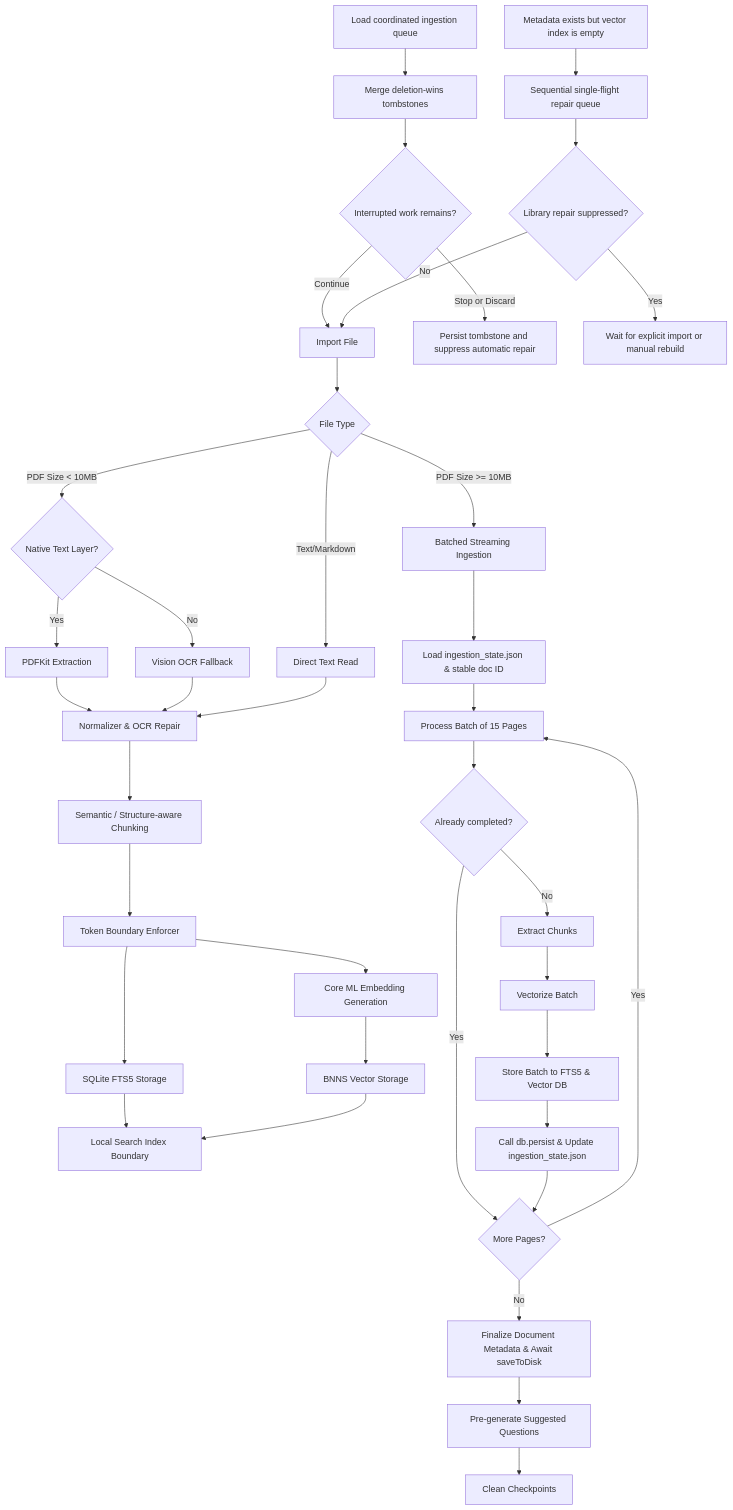
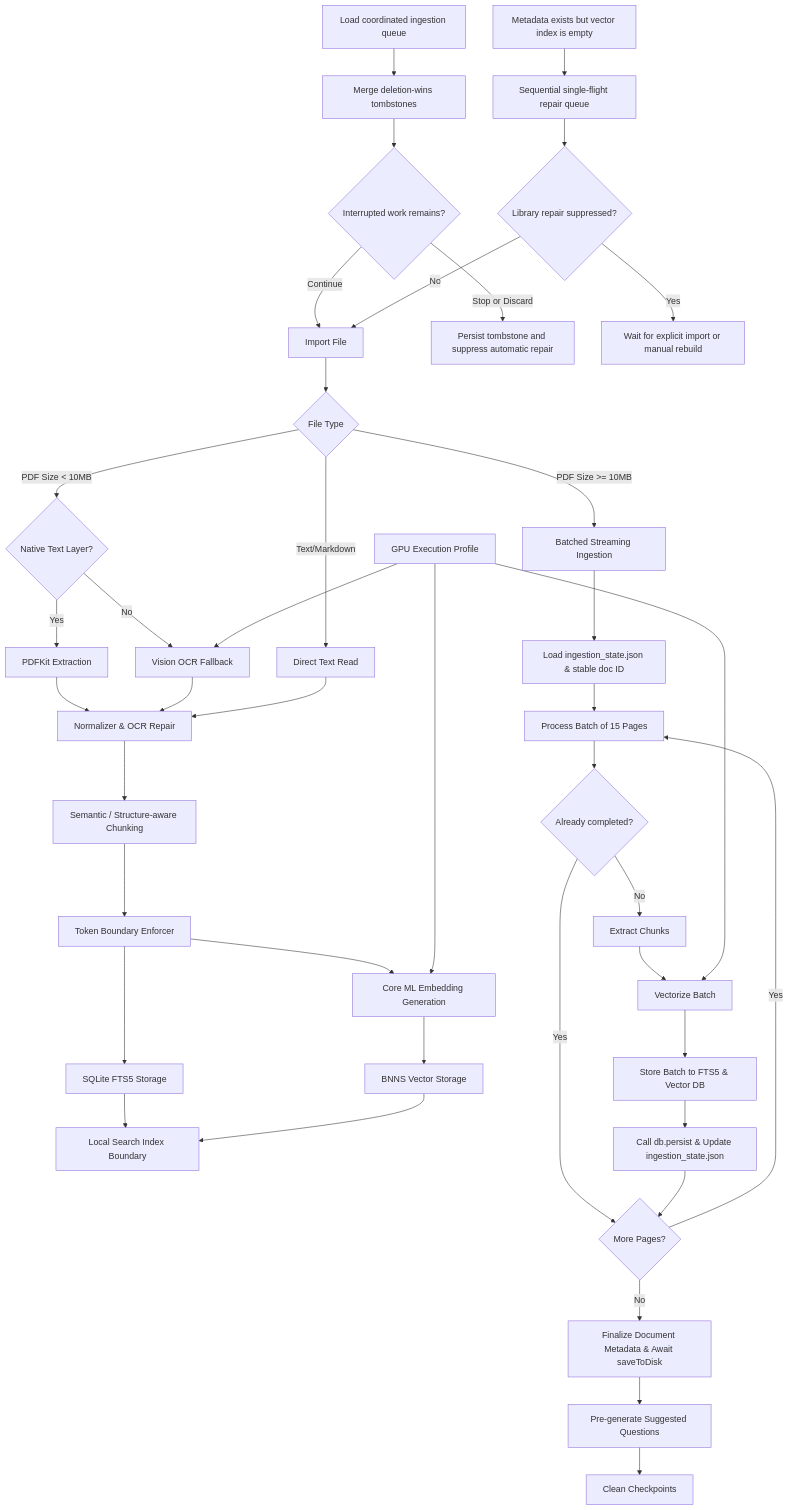
One commit to Gunnarguy/OpenIntelligence changed the diagram in Docs/INGESTION_PIPELINE.md. Above: the diagram before and after it, drawn with Mermaid. The commit also changed 18 other files, not shown here.

````diff
--- a/Docs/INGESTION_PIPELINE.md
+++ b/Docs/INGESTION_PIPELINE.md
@@ -14,41 +14,44 @@
 ```mermaid
 flowchart TD
     QLOAD[Load coordinated ingestion queue] --> QMERGE[Merge deletion-wins tombstones]
     QMERGE --> QDECIDE{Interrupted work remains?}
     QDECIDE -- Continue --> A
     QDECIDE -- Stop or Discard --> QTOMB[Persist tombstone and suppress automatic repair]
     EMPTY[Metadata exists but vector index is empty] --> SINGLE[Sequential single-flight repair queue]
     SINGLE --> SUPPRESSED{Library repair suppressed?}
     SUPPRESSED -- Yes --> WAIT[Wait for explicit import or manual rebuild]
     SUPPRESSED -- No --> A
     A[Import File] --> B{File Type}
     B -- PDF Size < 10MB --> C{Native Text Layer?}
     B -- PDF Size >= 10MB --> STREAM[Batched Streaming Ingestion]
     C -- Yes --> D[PDFKit Extraction]
     C -- No --> E[Vision OCR Fallback]
     B -- Text/Markdown --> F[Direct Text Read]
     D --> G[Normalizer & OCR Repair]
     E --> G
     F --> G
     G --> H[Semantic / Structure-aware Chunking]
     H --> I[Token Boundary Enforcer]
     I --> J[SQLite FTS5 Storage]
     I --> K[Core ML Embedding Generation]
+    PROFILE[GPU Execution Profile] --> E
+    PROFILE --> K
     K --> L[BNNS Vector Storage]
     J --> LOCAL[Local Search Index Boundary]
     L --> LOCAL
     
     STREAM --> STATE[Load ingestion_state.json & stable doc ID]
     STATE --> S1[Process Batch of 15 Pages]
     S1 --> SKIP{Already completed?}
     SKIP -- Yes --> NEXT_BATCH{More Pages?}
     SKIP -- No --> S2[Extract Chunks]
     S2 --> S3[Vectorize Batch]
+    PROFILE --> S3
     S3 --> S4[Store Batch to FTS5 & Vector DB]
     S4 --> S5[Call db.persist & Update ingestion_state.json]
     S5 --> NEXT_BATCH
     NEXT_BATCH -- Yes --> S1
     NEXT_BATCH -- No --> S6[Finalize Document Metadata & Await saveToDisk]
     S6 --> S7[Pre-generate Suggested Questions]
     S7 --> S8[Clean Checkpoints]
 ```
````
